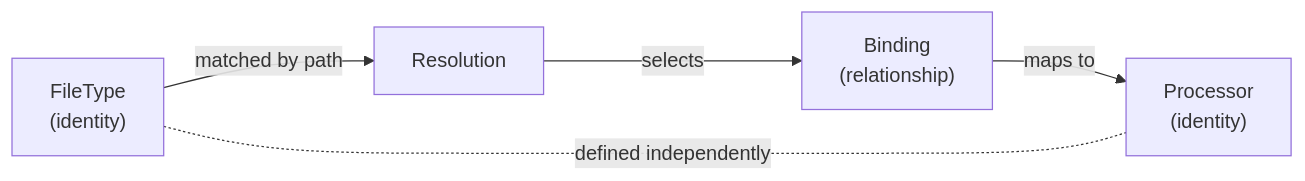
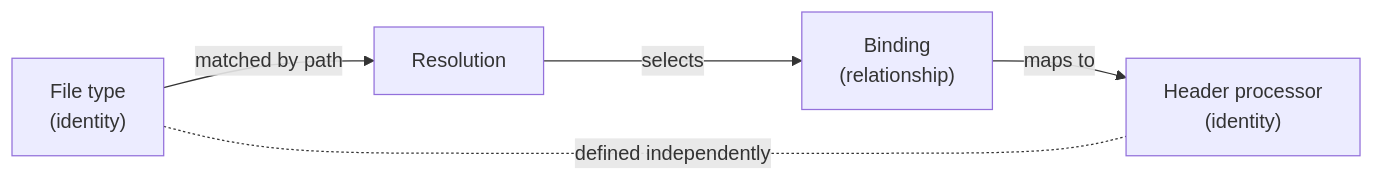
One commit to shutterfreak/topmark changed the diagram in docs/usage/commands/registry.md. Above: the diagram before and after it, drawn with Mermaid. The commit also changed other lines of this file and 56 other files, not shown here.

````diff
--- a/docs/usage/commands/registry.md
+++ b/docs/usage/commands/registry.md
@@ -104,13 +105,13 @@
 ```mermaid
 flowchart LR
-    FT["FileType<br/>(identity)"]
-    PR["Processor<br/>(identity)"]
+    FT["File type<br/>(identity)"]
+    PR["Header processor<br/>(identity)"]
     BD["Binding<br/>(relationship)"]
     RES[Resolution]
     
     FT -->|matched by path| RES
     RES -->|selects| BD
     BD -->|maps to| PR
 
     FT -. defined independently .- PR
 ```
````
